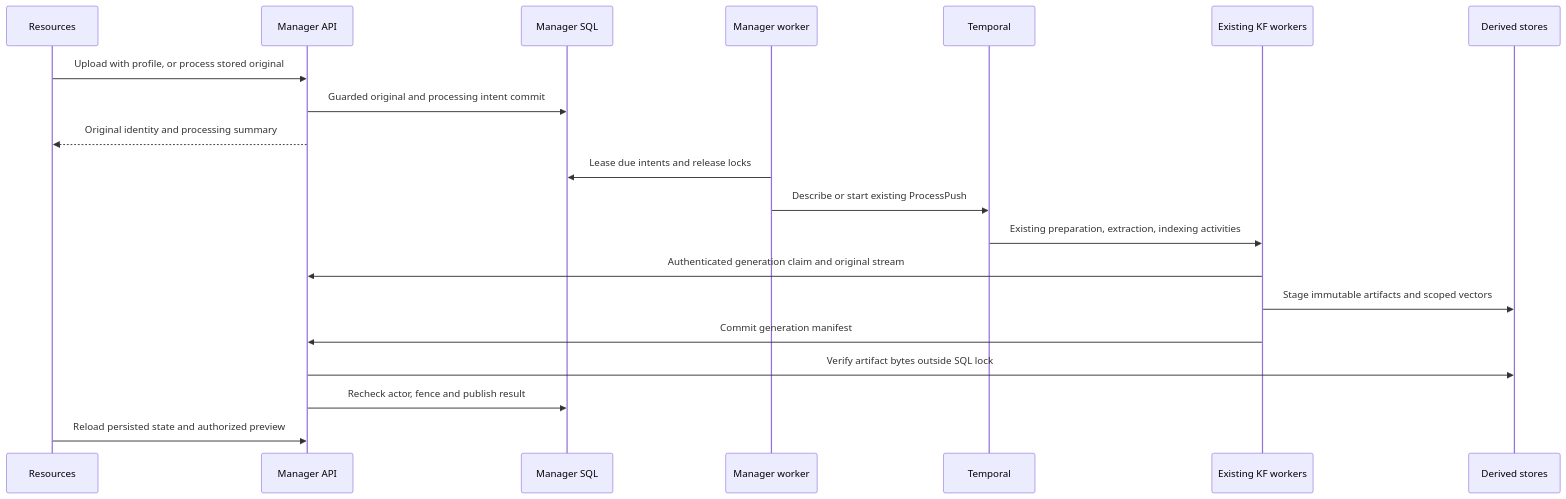
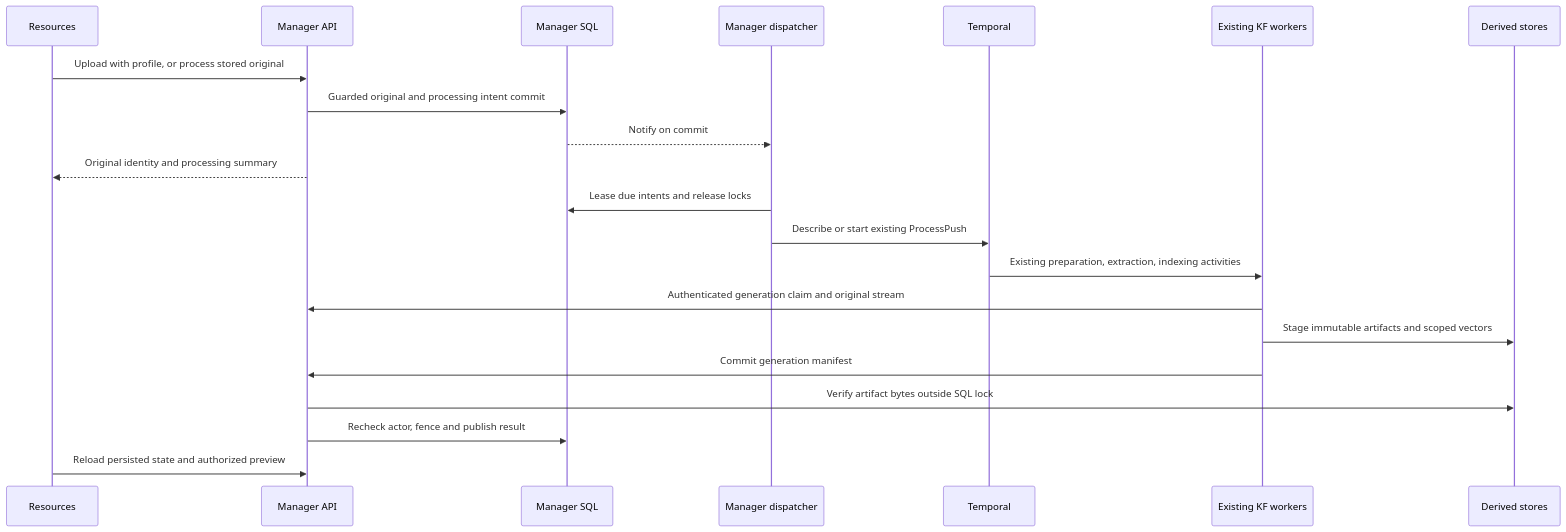
Before and after one commit to ThalesGroup/fred: diagram 11 of 11 in docs/architecture/A1-manager-runtime.md, drawn with Mermaid. The commit also changed other lines of this file and 9 other files, not shown here.

First line of the commit message:
fix(#3180): wake the processing dispatcher on admission commit

````diff
--- a/docs/architecture/A1-manager-runtime.md
+++ b/docs/architecture/A1-manager-runtime.md
@@ -661,22 +662,23 @@
 ```mermaid
 sequenceDiagram
     participant UI as Resources
     participant M as Manager API
     participant DB as Manager SQL
-    participant D as Manager worker
+    participant D as Manager dispatcher
     participant T as Temporal
     participant K as Existing KF workers
     participant S as Derived stores
     UI->>M: Upload with profile, or process stored original
     M->>DB: Guarded original and processing intent commit
+    DB-->>D: Notify on commit
     M-->>UI: Original identity and processing summary
     D->>DB: Lease due intents and release locks
     D->>T: Describe or start existing ProcessPush
     T->>K: Existing preparation, extraction, indexing activities
     K->>M: Authenticated generation claim and original stream
     K->>S: Stage immutable artifacts and scoped vectors
     K->>M: Commit generation manifest
     M->>S: Verify artifact bytes outside SQL lock
     M->>DB: Recheck actor, fence and publish result
     UI->>M: Reload persisted state and authorized preview
 ```
````
